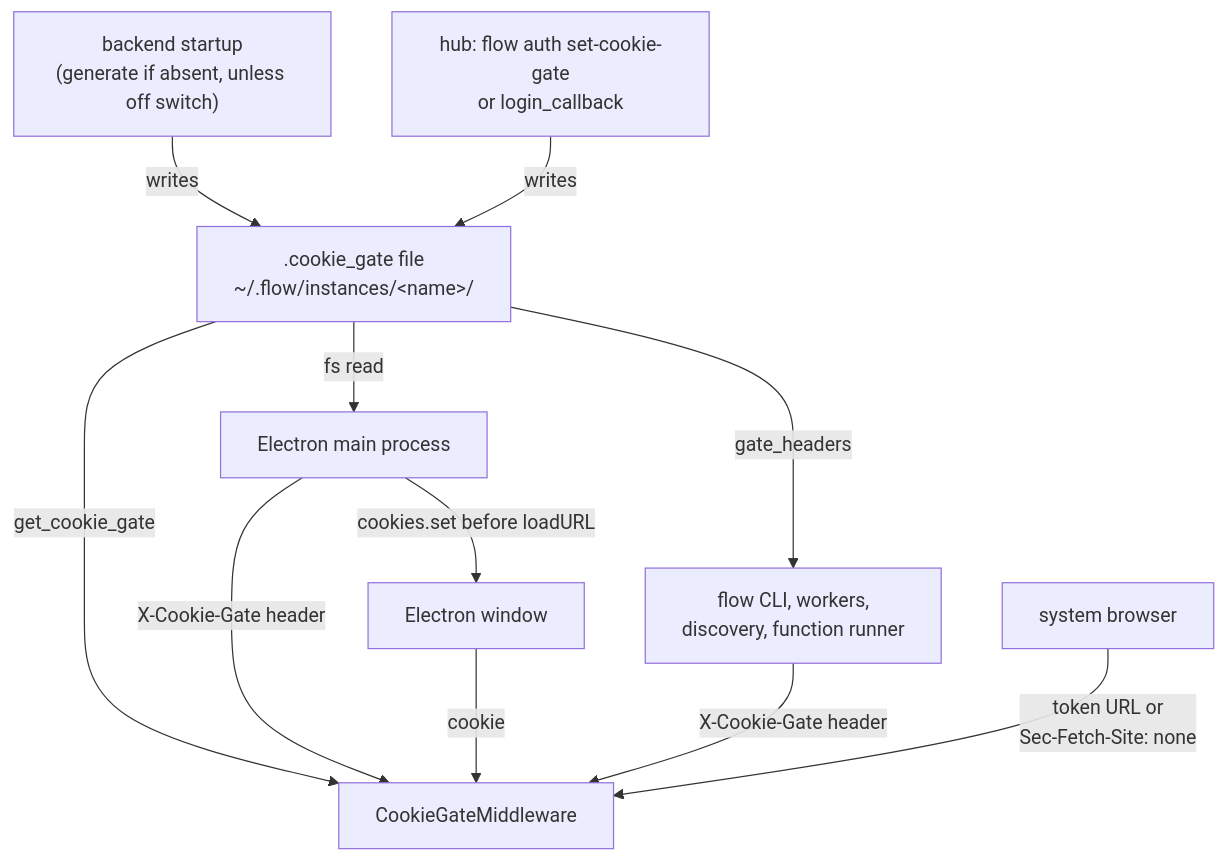
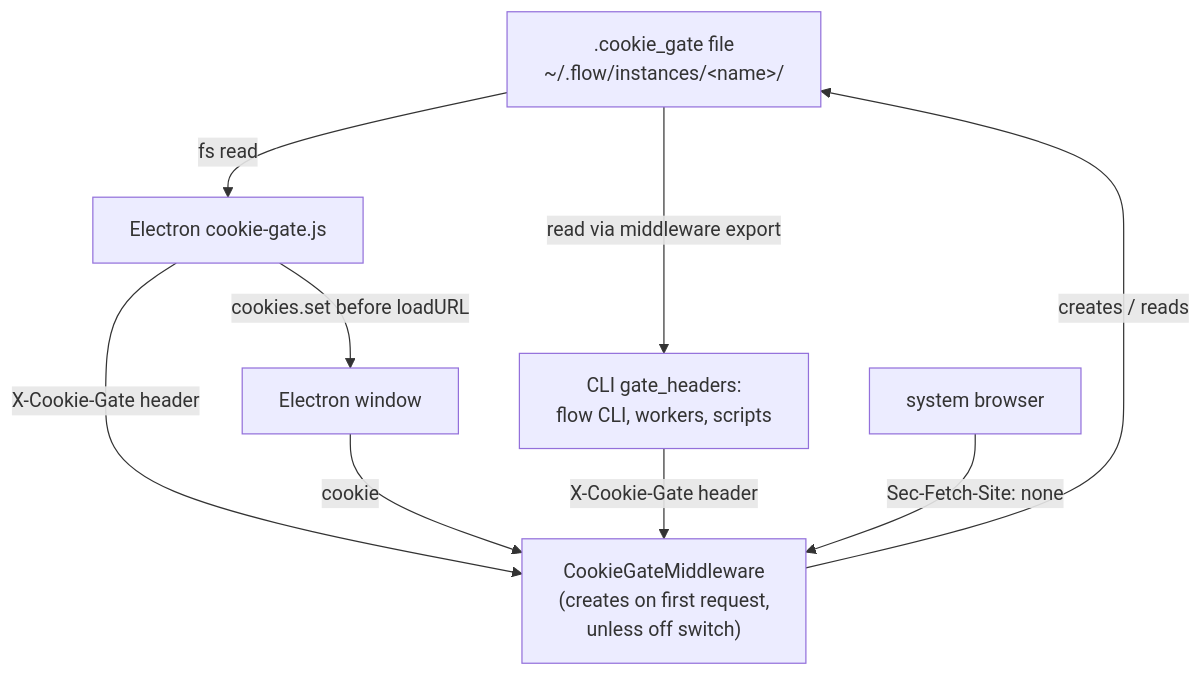
The first of 2 diagrams in docs/plans/2026-10-12-1407-fix-local-backend-cookie-gate-plan.md (langware-labs/flowpad), drawn with Mermaid before and after one commit. The commit also changed other lines of this file, not shown here.

Commit message:
Flowpad: 2026-10-12-1407-fix-local-backend-cookie-gate-plan v2

````diff
--- a/docs/plans/2026-10-12-1407-fix-local-backend-cookie-gate-plan.md
+++ b/docs/plans/2026-10-12-1407-fix-local-backend-cookie-gate-plan.md
@@ -207,14 +203,12 @@
 ```mermaid
 flowchart TB
   F[".cookie_gate file<br/>~/.flow/instances/&lt;name&gt;/"]
-  S["backend startup<br/>(generate if absent, unless off switch)"] -->|writes| F
-  H["hub: flow auth set-cookie-gate<br/>or login_callback"] -->|writes| F
-  F -->|get_cookie_gate| M["CookieGateMiddleware"]
-  F -->|gate_headers| C["flow CLI, workers,<br/>discovery, function runner"]
-  F -->|fs read| E["Electron main process"]
+  M["CookieGateMiddleware<br/>(creates on first request,<br/>unless off switch)"] -->|creates / reads| F
+  F -->|read via middleware export| C["CLI gate_headers:<br/>flow CLI, workers, scripts"]
+  F -->|fs read| E["Electron cookie-gate.js"]
   E -->|X-Cookie-Gate header| M
   E -->|cookies.set before loadURL| W["Electron window"]
   W -->|cookie| M
   C -->|X-Cookie-Gate header| M
-  B["system browser"] -->|"token URL or<br/>Sec-Fetch-Site: none"| M
+  B["system browser"] -->|"Sec-Fetch-Site: none"| M
 ```
````
